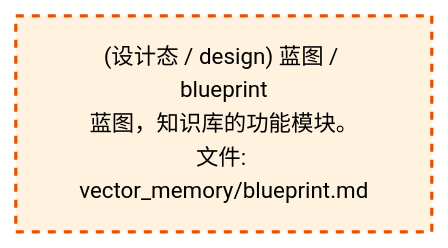
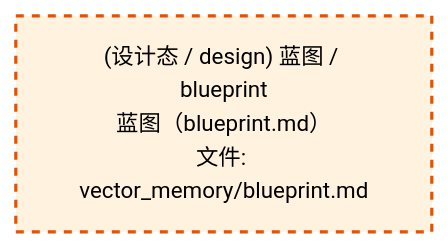
One commit to xuanFelixVan/ZephyrAlpha changed the second of 2 diagrams in docs/02_enterprise_architecture/02_domain_architecture_docs/58_d_knowledge.md. Above: the diagram before and after it, drawn with Mermaid. The commit also changed other lines of this file and 50 other files, not shown here.

````diff
--- a/docs/02_enterprise_architecture/02_domain_architecture_docs/58_d_knowledge.md
+++ b/docs/02_enterprise_architecture/02_domain_architecture_docs/58_d_knowledge.md
@@ -74,10 +74,10 @@
 ```mermaid
 %%{init: {'theme': 'base', 'themeVariables': {'primaryColor': '#eaeaea', 'primaryTextColor': '#333333', 'primaryBorderColor': '#666666', 'lineColor': '#666666', 'secondaryColor': '#eaeaea', 'tertiaryColor': '#eaeaea', 'fontSize': '14px'}}}%%
 flowchart TD
-    docs_03_modules_domain_knowledge_vector_memory_blueprint_md["(设计态 / design) 蓝图 / blueprint<br/>蓝图，知识库的功能模块。<br/>文件: vector_memory/blueprint.md"]
+    docs_03_modules_domain_knowledge_vector_memory_blueprint_md["(设计态 / design) 蓝图 / blueprint<br/>蓝图（blueprint.md）<br/>文件: vector_memory/blueprint.md"]
     classDef production fill:#e1f5fe,stroke:#01579b,stroke-width:2px,color:#000
     classDef design fill:#fff3e0,stroke:#e65100,stroke-width:2px,color:#000,stroke-dasharray: 5 5
     classDef external_prod fill:#e8f4fd,stroke:#0277bd,stroke-width:1px,color:#000
     classDef external_design fill:#fff8e7,stroke:#ef6c00,stroke-width:1px,color:#000,stroke-dasharray: 5 5
     class docs_03_modules_domain_knowledge_vector_memory_blueprint_md design
 ```
````
